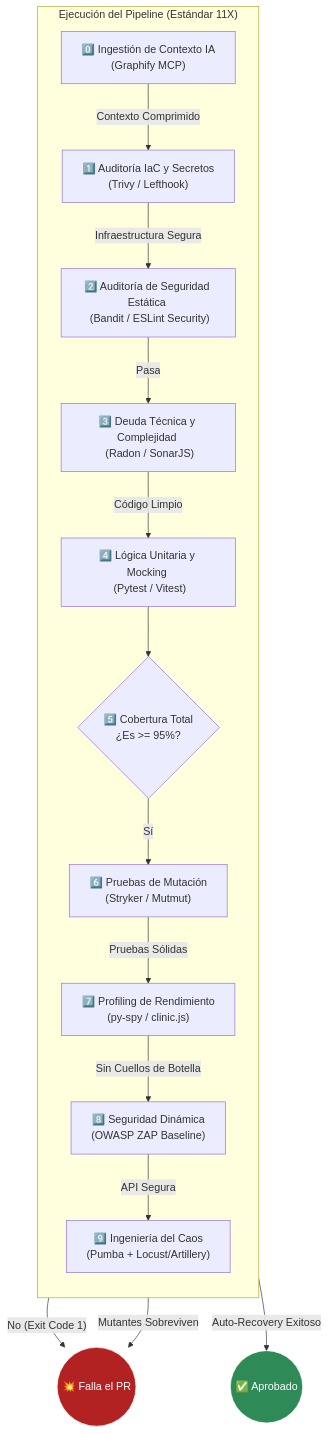
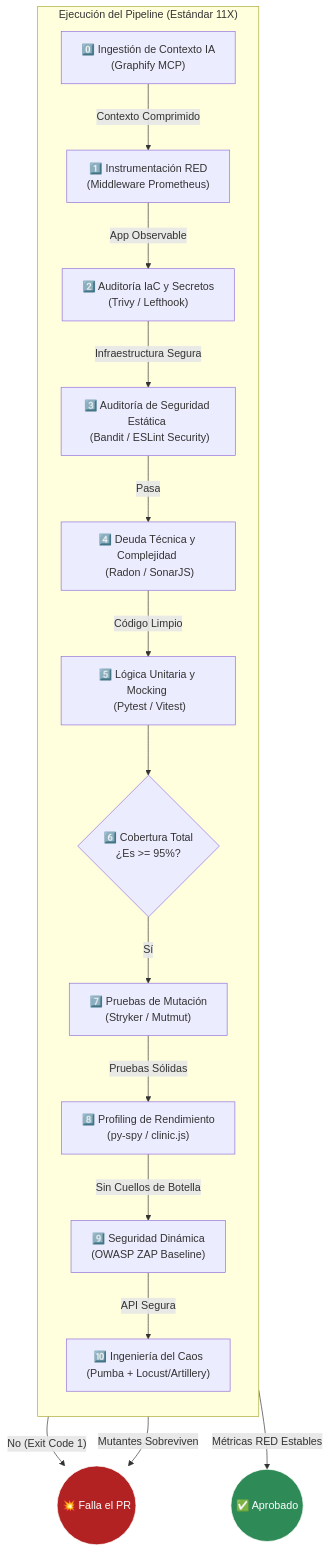
One commit to tecno-consultores/qa-testing-blueprints changed the third of 3 diagrams in docs/ARCHITECTURE_C4.md. Above: the diagram before and after it, drawn with Mermaid. The commit also changed other lines of this file, not shown here.

Commit message:
Update architecture document with new security layers

````diff
--- a/docs/ARCHITECTURE_C4.md
+++ b/docs/ARCHITECTURE_C4.md
@@ -75,36 +79,38 @@
 ```mermaid
 graph TD
     subgraph "Ejecución del Pipeline (Estándar 11X)"
         direction TB
         
         Graph["0️⃣ Ingestión de Contexto IA \n (Graphify MCP)"]
-        IaC["1️⃣ Auditoría IaC y Secretos \n (Trivy / Lefthook)"]
-        SAST["2️⃣ Auditoría de Seguridad Estática \n (Bandit / ESLint Security)"]
-        Static["3️⃣ Deuda Técnica y Complejidad \n (Radon / SonarJS)"]
-        Unit["4️⃣ Lógica Unitaria y Mocking \n (Pytest / Vitest)"]
-        Coverage{"5️⃣ Cobertura Total \n ¿Es >= 95%?"}
-        Mutation["6️⃣ Pruebas de Mutación \n (Stryker / Mutmut)"]
-        Performance["7️⃣ Profiling de Rendimiento \n (py-spy / clinic.js)"]
-        DAST["8️⃣ Seguridad Dinámica \n (OWASP ZAP Baseline)"]
-        Chaos["9️⃣ Ingeniería del Caos \n (Pumba + Locust/Artillery)"]
+        Obs["1️⃣ Instrumentación RED \n (Middleware Prometheus)"]
+        IaC["2️⃣ Auditoría IaC y Secretos \n (Trivy / Lefthook)"]
+        SAST["3️⃣ Auditoría de Seguridad Estática \n (Bandit / ESLint Security)"]
+        Static["4️⃣ Deuda Técnica y Complejidad \n (Radon / SonarJS)"]
+        Unit["5️⃣ Lógica Unitaria y Mocking \n (Pytest / Vitest)"]
+        Coverage{"6️⃣ Cobertura Total \n ¿Es >= 95%?"}
+        Mutation["7️⃣ Pruebas de Mutación \n (Stryker / Mutmut)"]
+        Performance["8️⃣ Profiling de Rendimiento \n (py-spy / clinic.js)"]
+        DAST["9️⃣ Seguridad Dinámica \n (OWASP ZAP Baseline)"]
+        Chaos["🔟 Ingeniería del Caos \n (Pumba + Locust/Artillery)"]
     end
 
-    %% Enlaces lógicos (sintaxis robusta)
-    Graph -- "Contexto Comprimido" --> IaC
+    %% Enlaces lógicos
+    Graph -- "Contexto Comprimido" --> Obs
+    Obs -- "App Observable" --> IaC
     IaC -- "Infraestructura Segura" --> SAST
     SAST -- "Pasa" --> Static
     Static -- "Código Limpio" --> Unit
     Unit --> Coverage
     Coverage -- "Sí" --> Mutation
     Coverage -- "No (Exit Code 1)" --> FallaPipeline(("💥 Falla el PR"))
     Mutation -- "Mutantes Sobreviven" --> FallaPipeline
     Mutation -- "Pruebas Sólidas" --> Performance
     Performance -- "Sin Cuellos de Botella" --> DAST
     DAST -- "API Segura" --> Chaos
-    Chaos -- "Auto-Recovery Exitoso" --> Exito(("✅ Aprobado"))
+    Chaos -- "Métricas RED Estables" --> Exito(("✅ Aprobado"))
 
     classDef pass fill:#2e8b57,stroke:#fff,color:#fff;
     classDef fail fill:#b22222,stroke:#fff,color:#fff;
     class Exito pass;
     class FallaPipeline fail;
 ```
````
